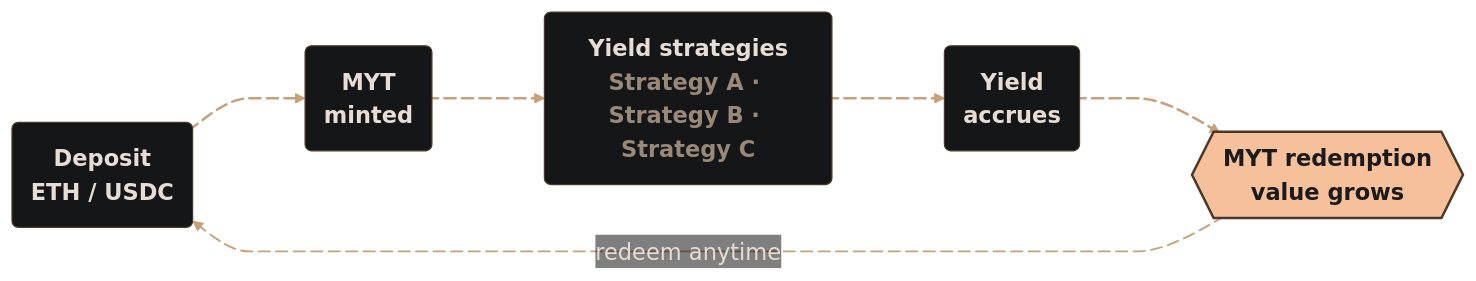
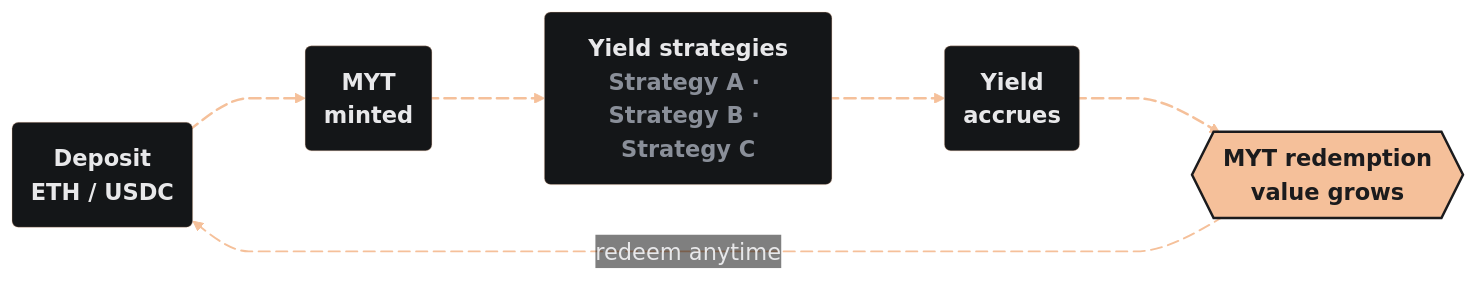
Before and after one commit to alchemix-finance/alchemix-v3-docs: the diagram in docs/user/concepts/myt-and-yield.md, drawn with Mermaid. The commit also changed other lines of this file and 18 other files, not shown here.

````diff
--- a/docs/user/concepts/myt-and-yield.md
+++ b/docs/user/concepts/myt-and-yield.md
@@ -49,31 +59,31 @@
 ```mermaid
 %%{init: {
   'theme': 'base',
   'themeVariables': {
     'fontFamily': 'Montserrat',
     'primaryColor': '#141618',
-    'primaryBorderColor': '#4a3828',
-    'primaryTextColor': '#e8ddd4',
-    'lineColor': '#c8a07a',
+    'primaryBorderColor': 'rgba(245,192,154,0.25)',
+    'primaryTextColor': '#e8e8ea',
+    'lineColor': '#f5c09a',
     'edgeLabelBackground': 'transparent',
     'tertiaryColor': '#141618',
     'fontSize': '18px'
   },
   'flowchart': { 'curve': 'monotoneX', 'nodeSpacing': 60, 'rankSpacing': 90 }
 }}%%
 flowchart LR
     classDef default font-weight:bold;
     A(Deposit<br/>ETH / USDC) e1@--> B(MYT<br/>minted)
-    B e2@--> C(Yield strategies<br/><span style='color:#9a8878'>Strategy A · Strategy B · Strategy C</span>)
+    B e2@--> C(Yield strategies<br/><span style='color:#8a8f99'>Strategy A · Strategy B · Strategy C</span>)
     C e3@--> D(Yield<br/>accrues)
     D e4@--> E{{MYT redemption<br/>value grows}}
     E e5@-.->|redeem anytime| A
-    style E fill:#f5c09a,stroke:#4a3828,stroke-width:2px,color:#1b1b1d
-    linkStyle 0,1,2,3 stroke:#c8a07a,stroke-width:2px
-    linkStyle 4 stroke:#c8a07a,stroke-width:1.5px,stroke-dasharray:6
+    style E fill:#f5c09a,stroke:#1b1b1d,stroke-width:2px,color:#1b1b1d
+    linkStyle 0,1,2,3 stroke:#f5c09a,stroke-width:2px
+    linkStyle 4 stroke:#f5c09a,stroke-width:1.5px,stroke-dasharray:6
     e1@{ animation: slow }
     e2@{ animation: slow }
     e3@{ animation: fast }
     e4@{ animation: fast }
     e5@{ animation: slow }
 ```
````
